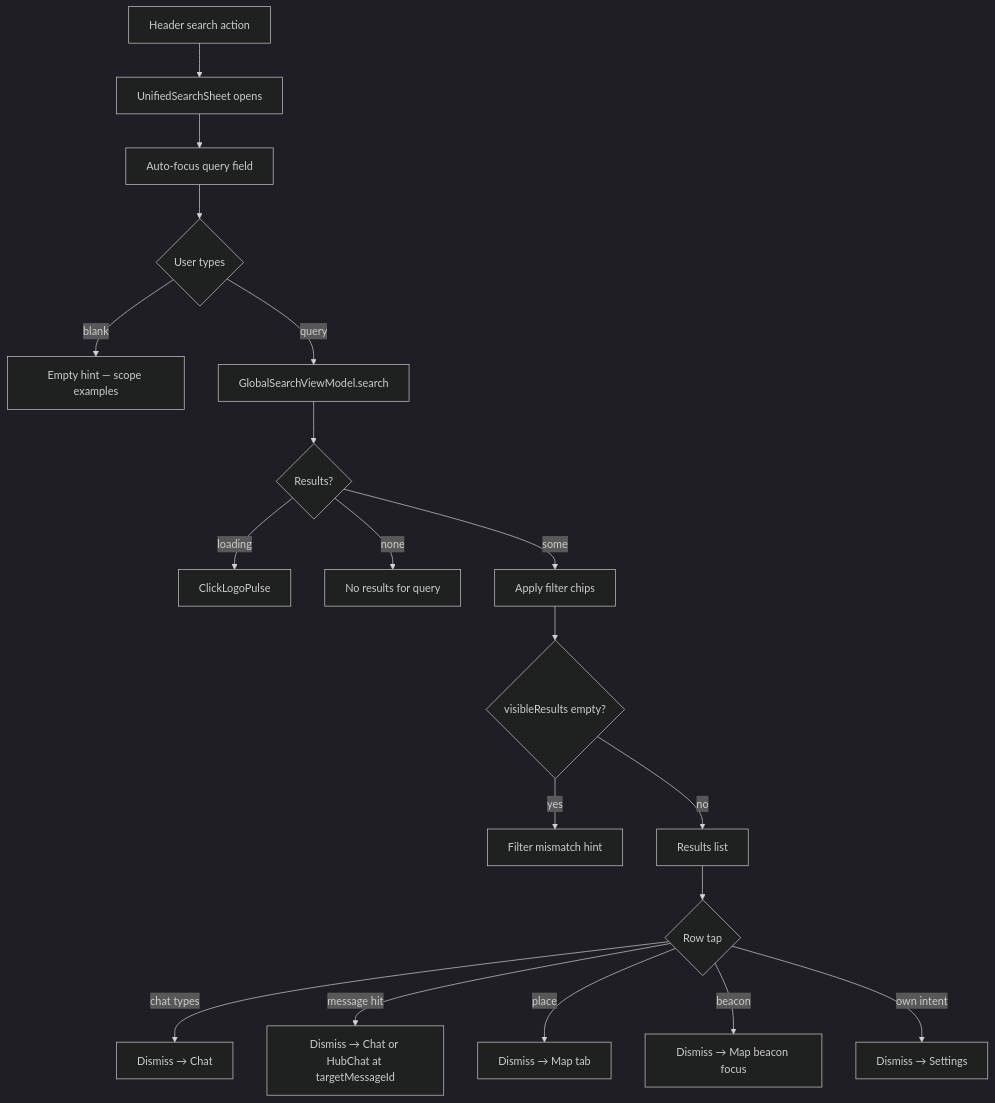
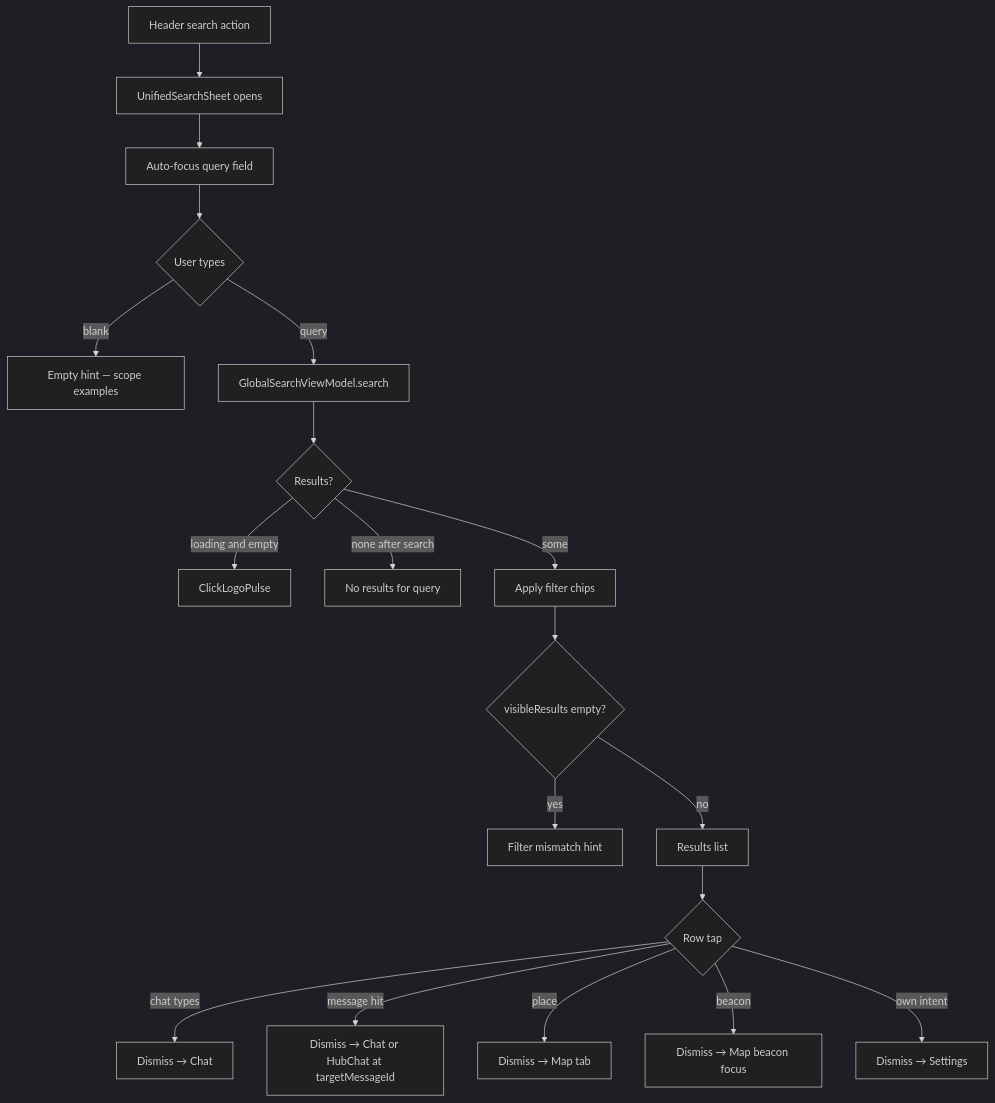
Before and after one commit to lightningbolts/click: the diagram in docs/ui-ux/mobile/11-search.md, drawn with Mermaid (dark theme). The commit also changed other lines of this file and 14 other files, not shown here.

````diff
--- a/docs/ui-ux/mobile/11-search.md
+++ b/docs/ui-ux/mobile/11-search.md
@@ -207,21 +207,21 @@
 ```mermaid
 flowchart TD
     A[Header search action] --> B[UnifiedSearchSheet opens]
     B --> C[Auto-focus query field]
     C --> D{User types}
     D -->|blank| E[Empty hint — scope examples]
     D -->|query| F[GlobalSearchViewModel.search]
     F --> G{Results?}
-    G -->|loading| H[ClickLogoPulse]
-    G -->|none| I["No results for query"]
+    G -->|loading and empty| H[ClickLogoPulse]
+    G -->|none after search| I["No results for query"]
     G -->|some| J[Apply filter chips]
     J --> K{visibleResults empty?}
     K -->|yes| L[Filter mismatch hint]
     K -->|no| M[Results list]
     M --> N{Row tap}
     N -->|chat types| O[Dismiss → Chat]
     N -->|message hit| O2[Dismiss → Chat or HubChat at targetMessageId]
     N -->|place| P[Dismiss → Map tab]
     N -->|beacon| Q[Dismiss → Map beacon focus]
     N -->|own intent| R[Dismiss → Settings]
 ```
````
